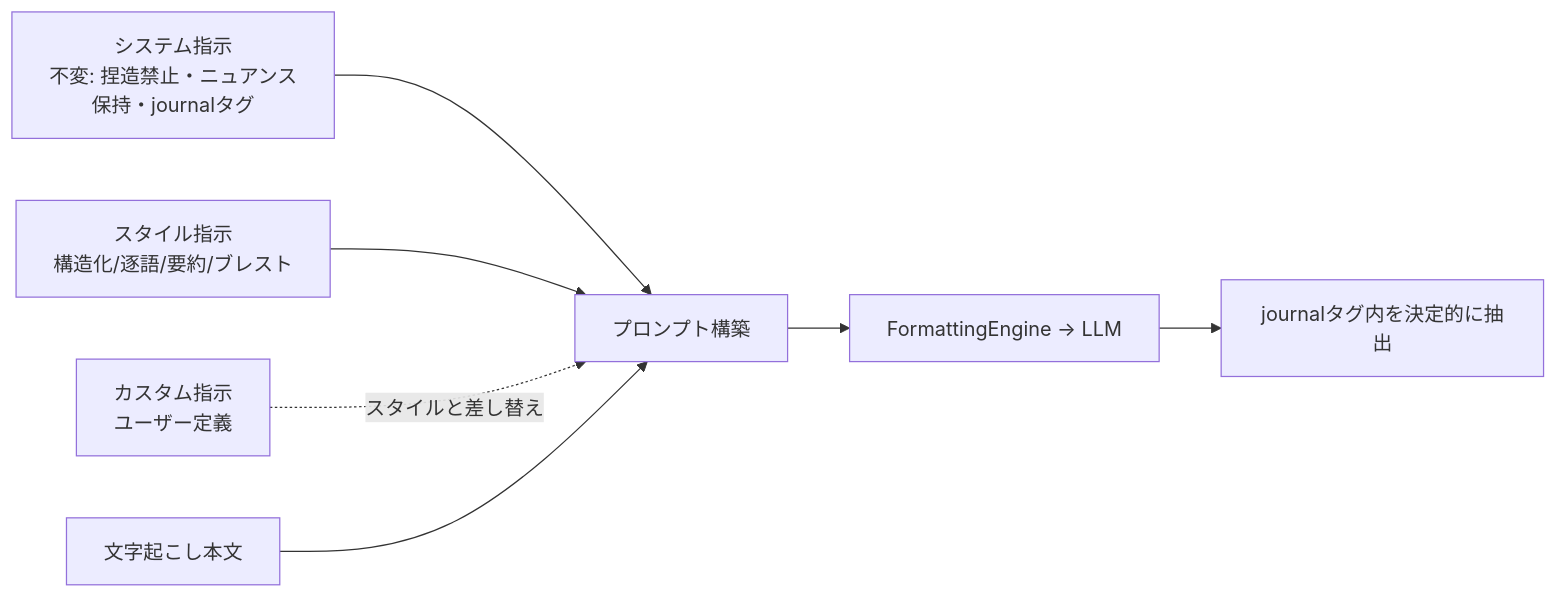
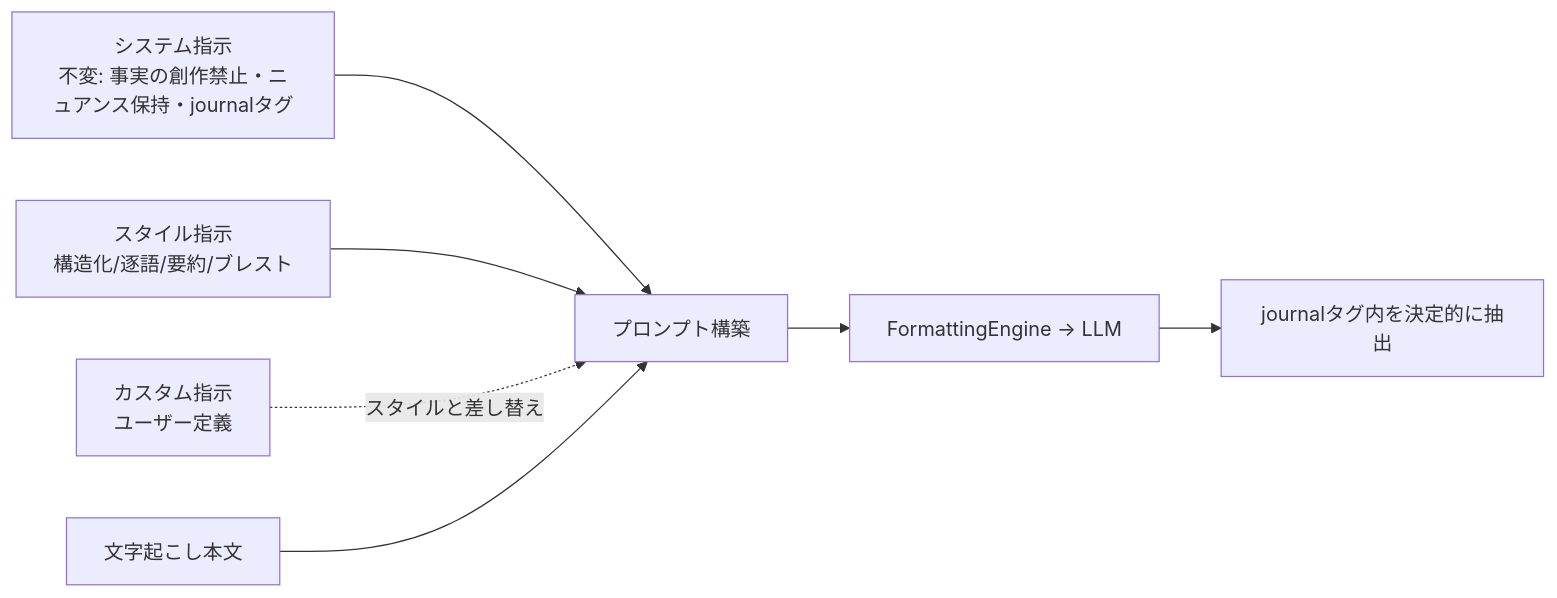
One commit to Takenori-Kusaka/zenn-content changed the first of 2 diagrams in books/quickscribe-design/formatting-intelligence.md. Above: the diagram before and after it, drawn with Mermaid. The commit also changed 15 other files, not shown here.

````diff
--- a/books/quickscribe-design/formatting-intelligence.md
+++ b/books/quickscribe-design/formatting-intelligence.md
@@ -92,9 +92,9 @@
 ```mermaid
 flowchart LR
-    A[システム指示<br/>不変: 捏造禁止・ニュアンス保持・journalタグ] --> P[プロンプト構築]
+    A[システム指示<br/>不変: 事実の創作禁止・ニュアンス保持・journalタグ] --> P[プロンプト構築]
     B[スタイル指示<br/>構造化/逐語/要約/ブレスト] --> P
     C[カスタム指示<br/>ユーザー定義] -. スタイルと差し替え .-> P
     D[文字起こし本文] --> P
     P --> E[FormattingEngine → LLM]
     E --> F[journalタグ内を決定的に抽出]
 ```
````
